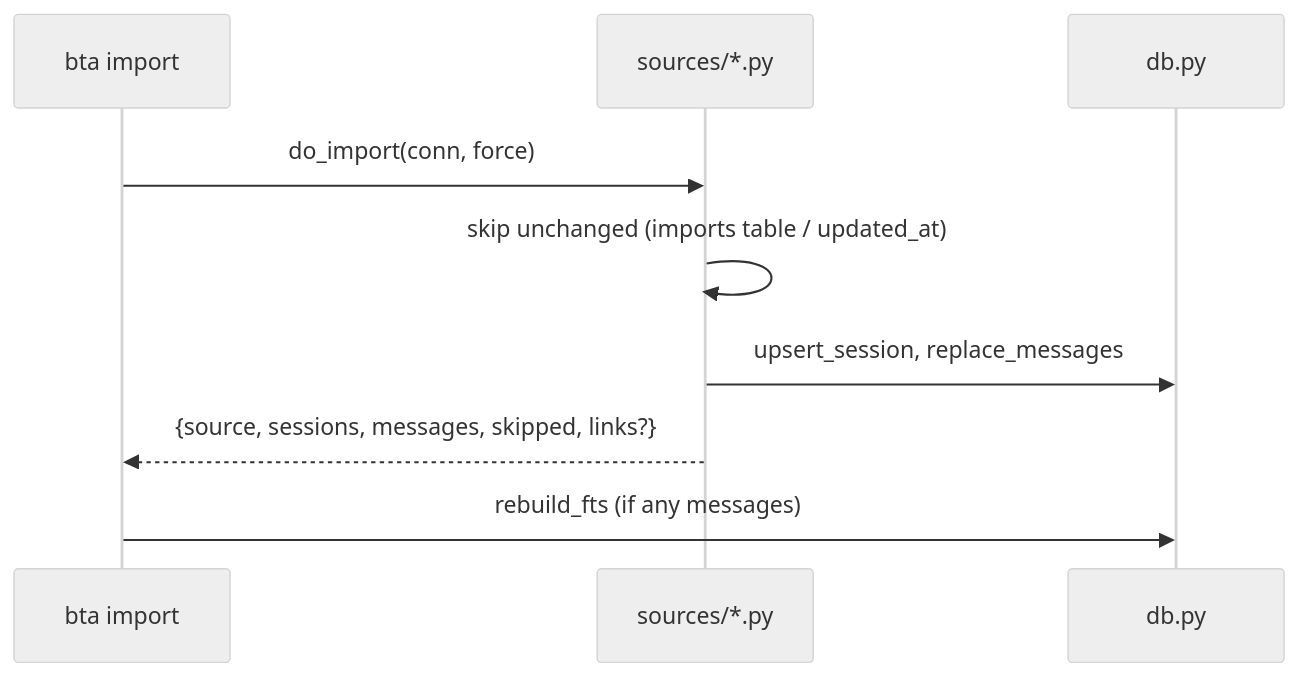
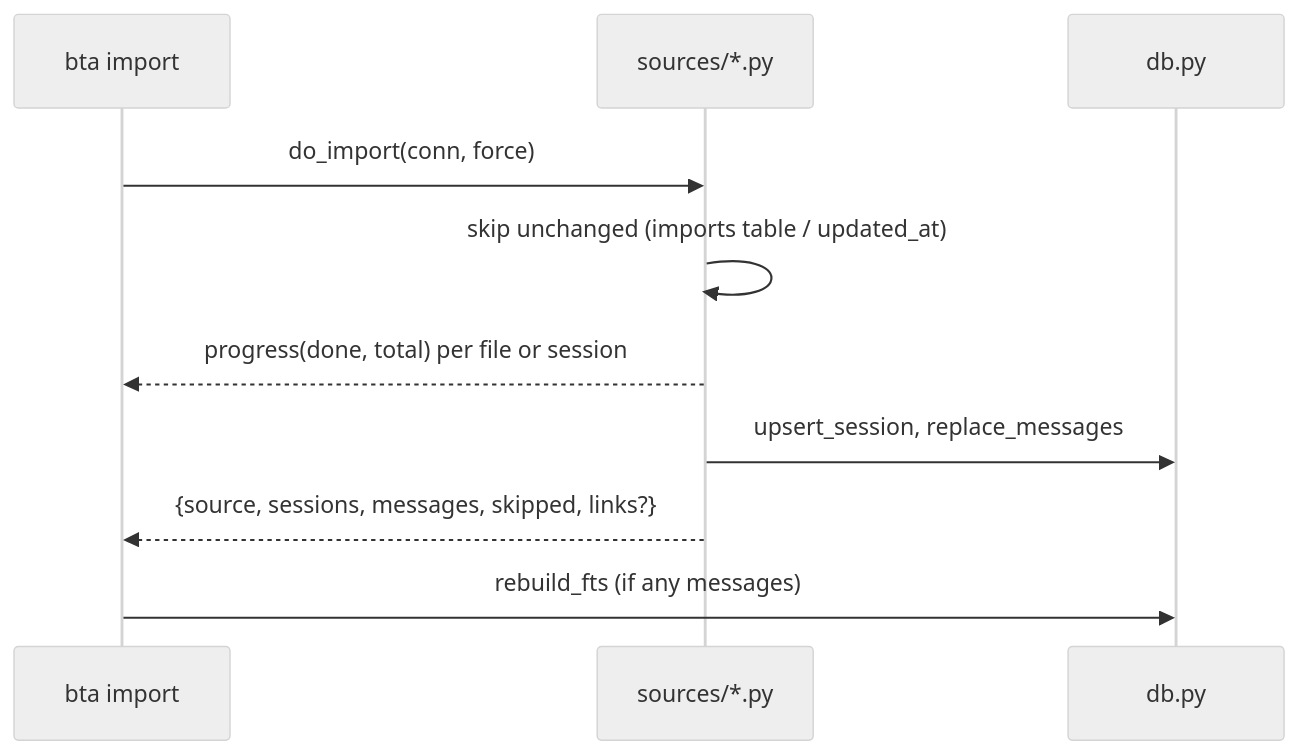
Before and after one commit to obakeng-develops/better-agent: the diagram in lode/sources/summary.md, drawn with Mermaid (neutral theme). The commit also changed 6 other files, not shown here.

````diff
--- a/lode/sources/summary.md
+++ b/lode/sources/summary.md
@@ -5,11 +5,12 @@
 ```mermaid
 sequenceDiagram
   participant CLI as bta import
   participant S as sources/*.py
   participant DB as db.py
   CLI->>S: do_import(conn, force)
   S->>S: skip unchanged (imports table / updated_at)
+  S-->>CLI: progress(done, total) per file or session
   S->>DB: upsert_session, replace_messages
   S-->>CLI: {source, sessions, messages, skipped, links?}
   CLI->>DB: rebuild_fts (if any messages)
 ```
````
